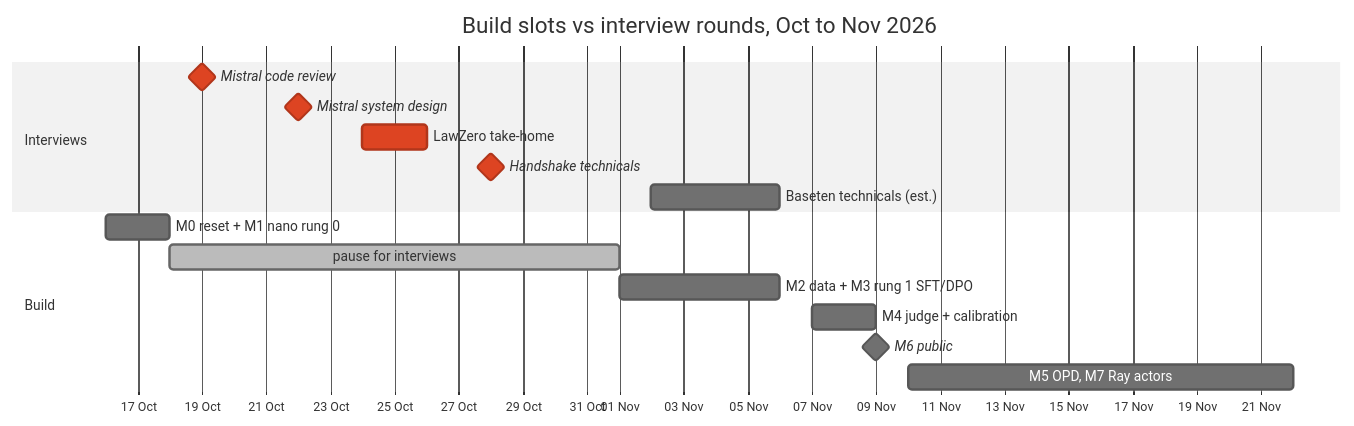
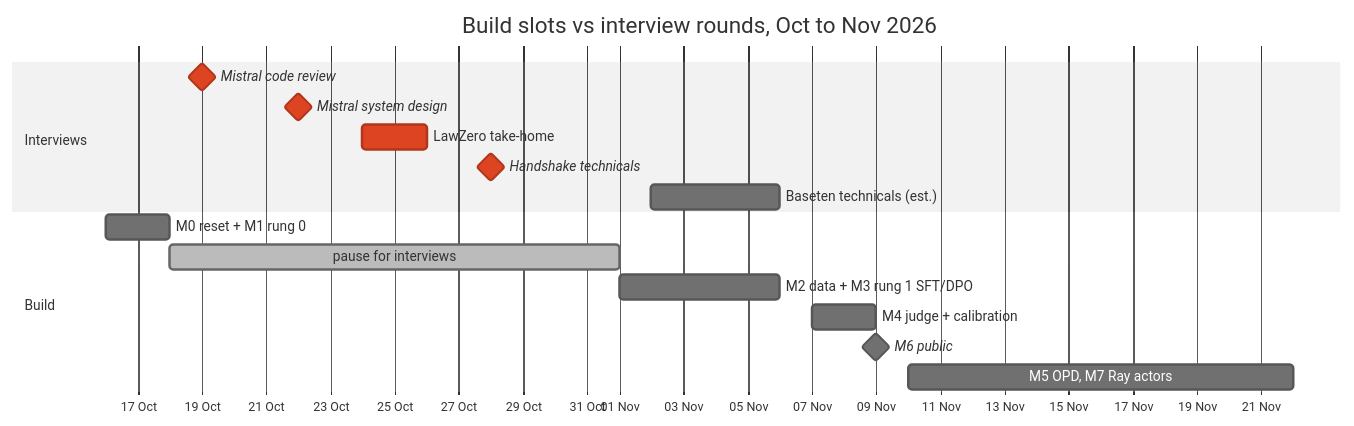
One commit to marcandregeraldo/rl-finetune changed the diagram in PLAN.md. Above: the diagram before and after it, drawn with Mermaid (neutral theme). The commit also changed other lines of this file and 31 other files, not shown here.

````diff
--- a/PLAN.md
+++ b/PLAN.md
@@ -32,19 +32,19 @@
 ```mermaid
 gantt
     title Build slots vs interview rounds, Oct to Nov 2026
     dateFormat YYYY-MM-DD
     axisFormat %d %b
     section Interviews
     Mistral code review          :crit, milestone, 2026-10-19, 0d
     Mistral system design        :crit, milestone, 2026-10-22, 0d
     LawZero take-home            :crit, 2026-10-24, 2026-10-26
     Handshake technicals         :crit, milestone, 2026-10-28, 0d
     Baseten technicals (est.)    :2026-11-02, 2026-11-06
     section Build
-    M0 reset + M1 nano rung 0    :m1, 2026-10-16, 2026-10-18
+    M0 reset + M1 rung 0         :m1, 2026-10-16, 2026-10-18
     pause for interviews         :done, 2026-10-18, 2026-11-01
     M2 data + M3 rung 1 SFT/DPO  :m3, 2026-11-01, 2026-11-06
     M4 judge + calibration       :m4, 2026-11-07, 2026-11-09
     M6 public                    :milestone, 2026-11-09, 0d
     M5 OPD, M7 Ray actors        :2026-11-10, 2026-11-22
 ```
````
